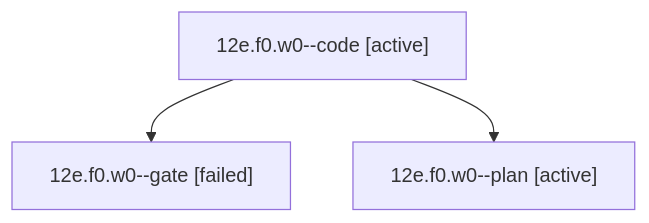
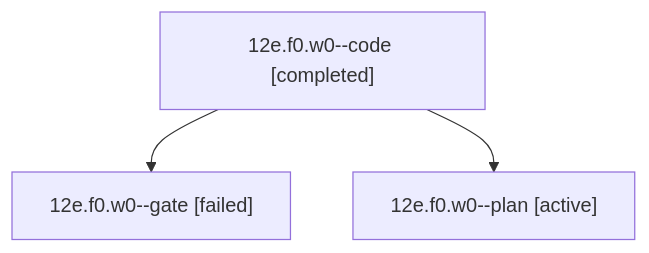
One commit to bobs-org/bob-cli--agents changed the diagram in sessions/bbugyi200.athena.12e.f0.w0.md. Above: the diagram before and after it, drawn with Mermaid. The commit also changed other lines of this file and 26 other files, not shown here.

````diff
--- a/sessions/bbugyi200.athena.12e.f0.w0.md
+++ b/sessions/bbugyi200.athena.12e.f0.w0.md
@@ -9,8 +9,8 @@
 ```mermaid
 flowchart TD
-  n0["12e.f0.w0--code [active]"]
+  n0["12e.f0.w0--code [completed]"]
   n1["12e.f0.w0--gate [failed]"]
   n0 --> n1
   n2["12e.f0.w0--plan [active]"]
   n0 --> n2
 ```
````
